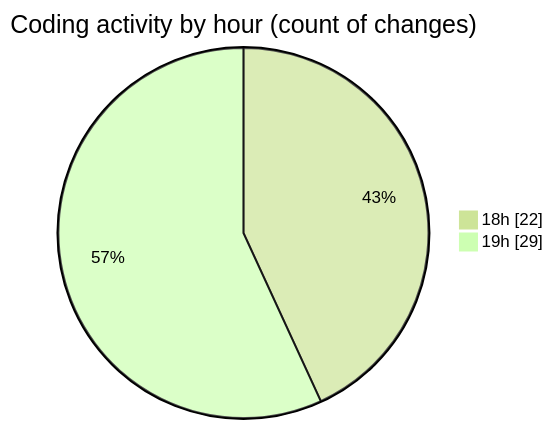
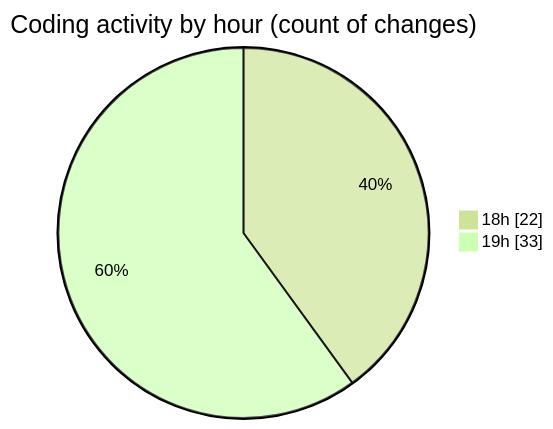
Before and after one commit to idhammustaqopulfikri/code-tracking: the second of 2 diagrams in 2025-06-13/studio-backend/README.md, drawn with Mermaid (forest theme). The commit also changed other lines of this file and 1 other file, not shown here.

````diff
--- a/2025-06-13/studio-backend/README.md
+++ b/2025-06-13/studio-backend/README.md
@@ -39,6 +39,6 @@
 ```mermaid
 pie showData
 title Coding activity by hour (count of changes)
 "18h" : 22
-"19h" : 29
+"19h" : 33
 ```
````
